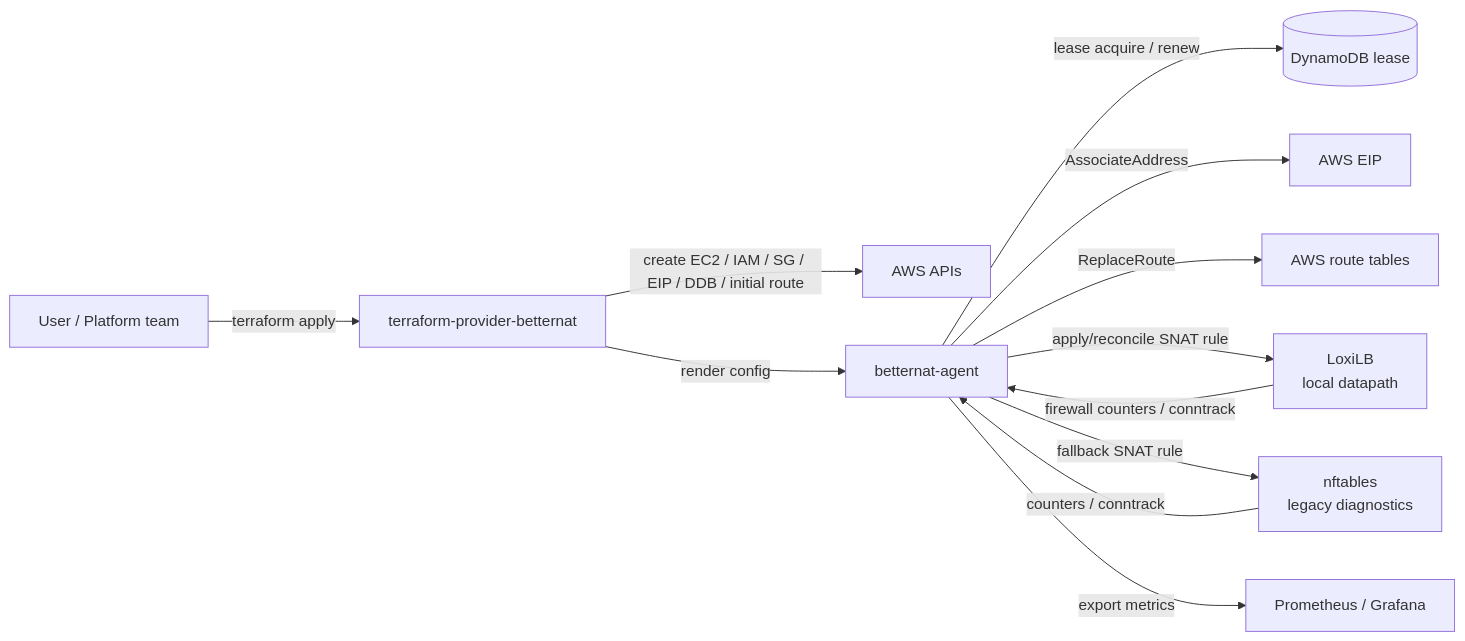
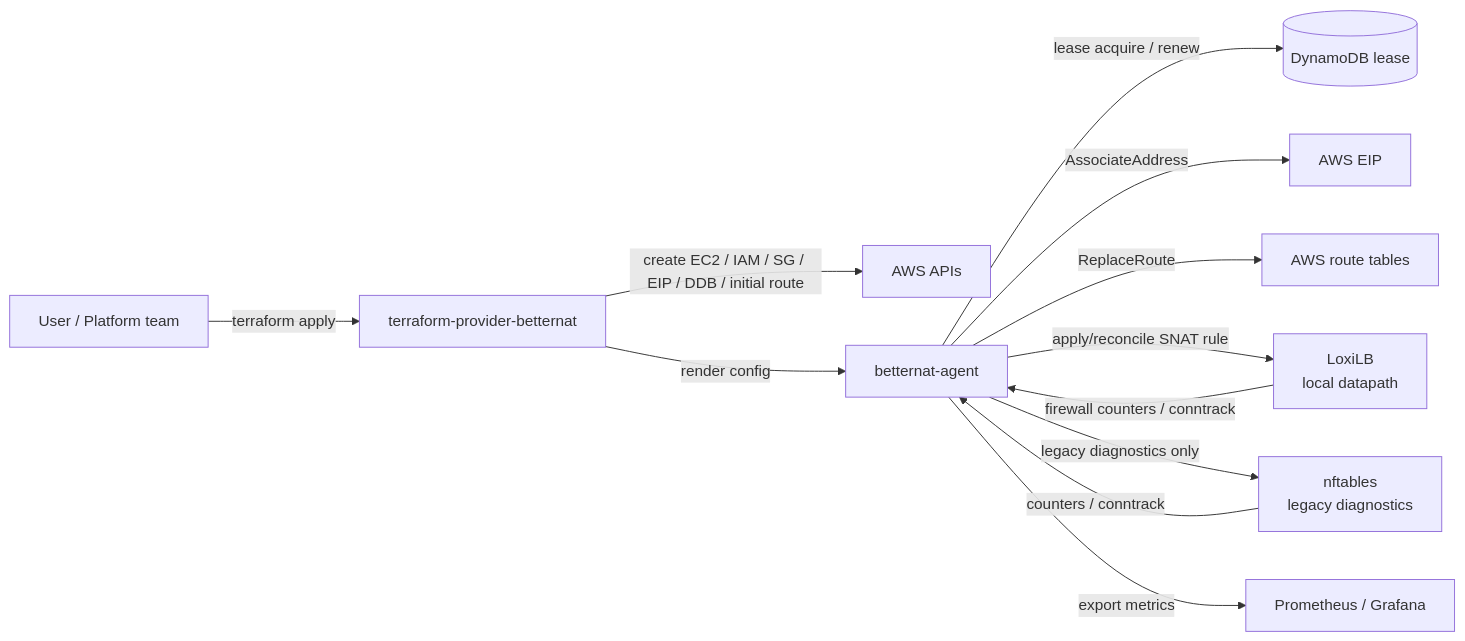
Before and after one commit to nowakeai/betternat: the second of 6 diagrams in docs/architecture-diagram.md, drawn with Mermaid. The commit also changed other lines of this file and 27 other files, not shown here.

````diff
--- a/docs/architecture-diagram.md
+++ b/docs/architecture-diagram.md
@@ -66,27 +66,27 @@
 ```mermaid
 flowchart LR
   user[User / Platform team]
   tf[terraform-provider-betternat]
   awsapi[AWS APIs]
   agent[betternat-agent]
   loxi[LoxiLB<br/>local datapath]
   nft[nftables<br/>legacy diagnostics]
   prom[Prometheus / Grafana]
   ddb[(DynamoDB lease)]
   rt[AWS route tables]
   eip[AWS EIP]
 
   user -->|terraform apply| tf
   tf -->|create EC2 / IAM / SG / EIP / DDB / initial route| awsapi
   tf -->|render config| agent
 
   agent -->|lease acquire / renew| ddb
   agent -->|AssociateAddress| eip
   agent -->|ReplaceRoute| rt
   agent -->|apply/reconcile SNAT rule| loxi
-  agent -->|fallback SNAT rule| nft
+  agent -->|legacy diagnostics only| nft
   agent -->|export metrics| prom
 
   loxi -->|firewall counters / conntrack| agent
   nft -->|counters / conntrack| agent
 ```
````
